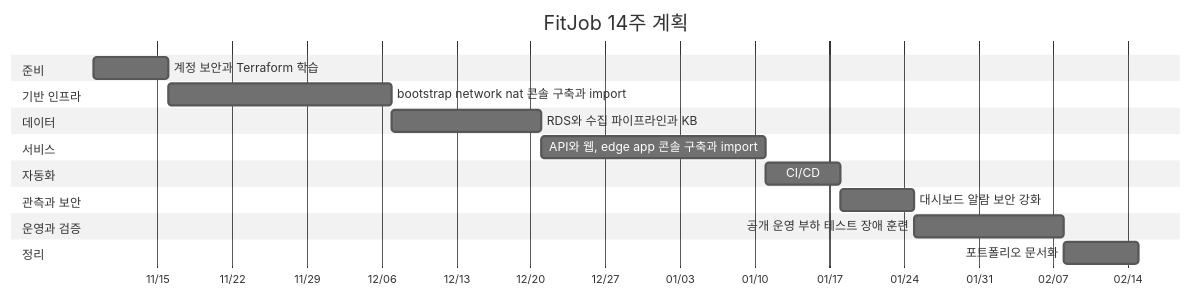
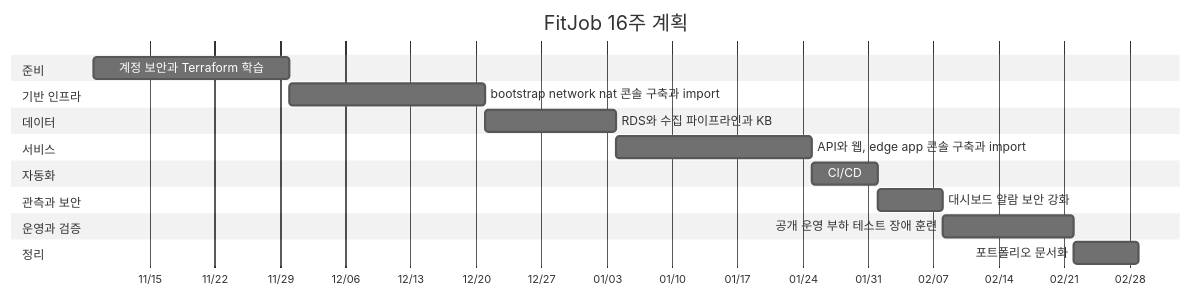
The diagram in docs/09-roadmap.md (soyeun0327/fitjob), drawn with Mermaid (neutral theme) before and after one commit. The commit also changed other lines of this file and 16 other files, not shown here.

````diff
--- a/docs/09-roadmap.md
+++ b/docs/09-roadmap.md
@@ -37,22 +43,22 @@
 ```mermaid
 gantt
-    title FitJob 14주 계획
+    title FitJob 16주 계획
     dateFormat YYYY-MM-DD
     axisFormat %m/%d
     section 준비
-    계정 보안과 Terraform 학습      :p0, 2026-11-09, 7d
+    계정 보안과 Terraform 학습      :p0, 2026-11-09, 21d
     section 기반 인프라
     bootstrap network nat 콘솔 구축과 import :p1, after p0, 21d
     section 데이터
     RDS와 수집 파이프라인과 KB      :p2, after p1, 14d
     section 서비스
     API와 웹, edge app 콘솔 구축과 import :p3, after p2, 21d
     section 자동화
     CI/CD                           :p4, after p3, 7d
     section 관측과 보안
     대시보드 알람 보안 강화         :p5, after p4, 7d
     section 운영과 검증
     공개 운영 부하 테스트 장애 훈련 :p6, after p5, 14d
     section 정리
     포트폴리오 문서화               :p7, after p6, 7d
 ```
````
